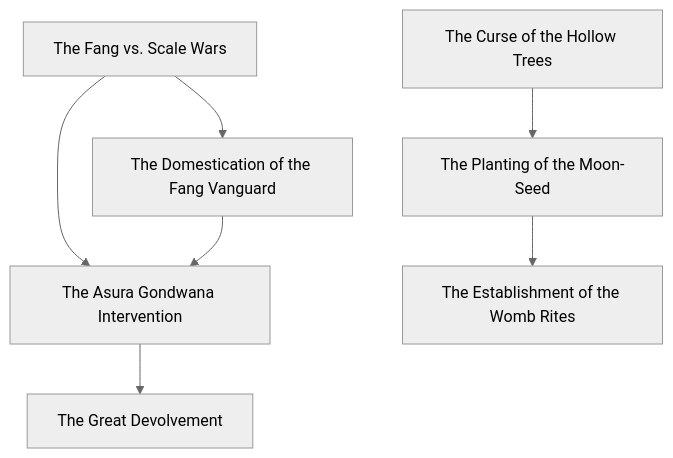
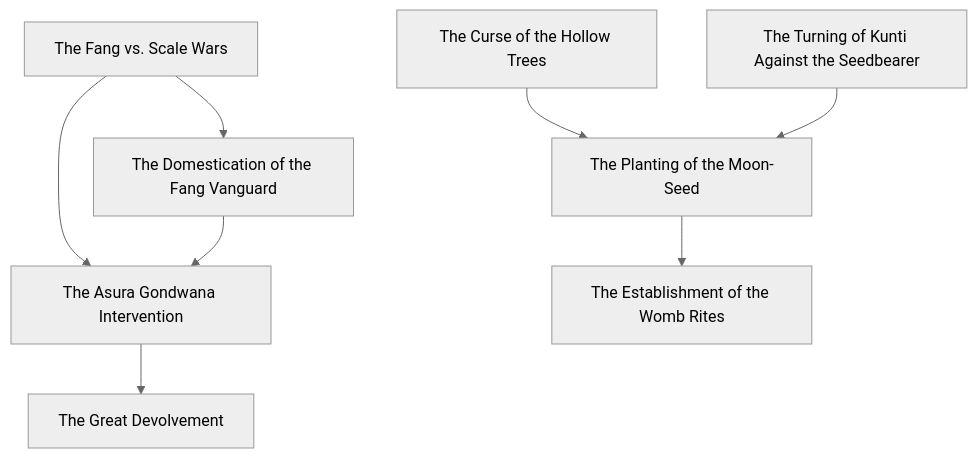
The first of 6 diagrams in docs/atlas.md (lordlebu/SouthOfTethys), drawn with Mermaid (neutral theme) before and after one commit. The commit also changed other lines of this file and 14 other files, not shown here.

````diff
--- a/docs/atlas.md
+++ b/docs/atlas.md
@@ -30,16 +30,18 @@
 ```mermaid
 graph TD
     E0["The Curse of the Hollow Trees"]
     E1["The Fang vs. Scale Wars"]
     E2["The Domestication of the Fang Vanguard"]
     E3["The Asura Gondwana Intervention"]
     E4["The Great Devolvement"]
-    E5["The Planting of the Moon-Seed"]
-    E6["The Establishment of the Womb Rites"]
-    E0 --> E5
+    E5["The Turning of Kunti Against the Seedbearer"]
+    E6["The Planting of the Moon-Seed"]
+    E7["The Establishment of the Womb Rites"]
+    E0 --> E6
     E1 --> E3
     E1 --> E2
     E2 --> E3
     E3 --> E4
     E5 --> E6
+    E6 --> E7
 ```
````
